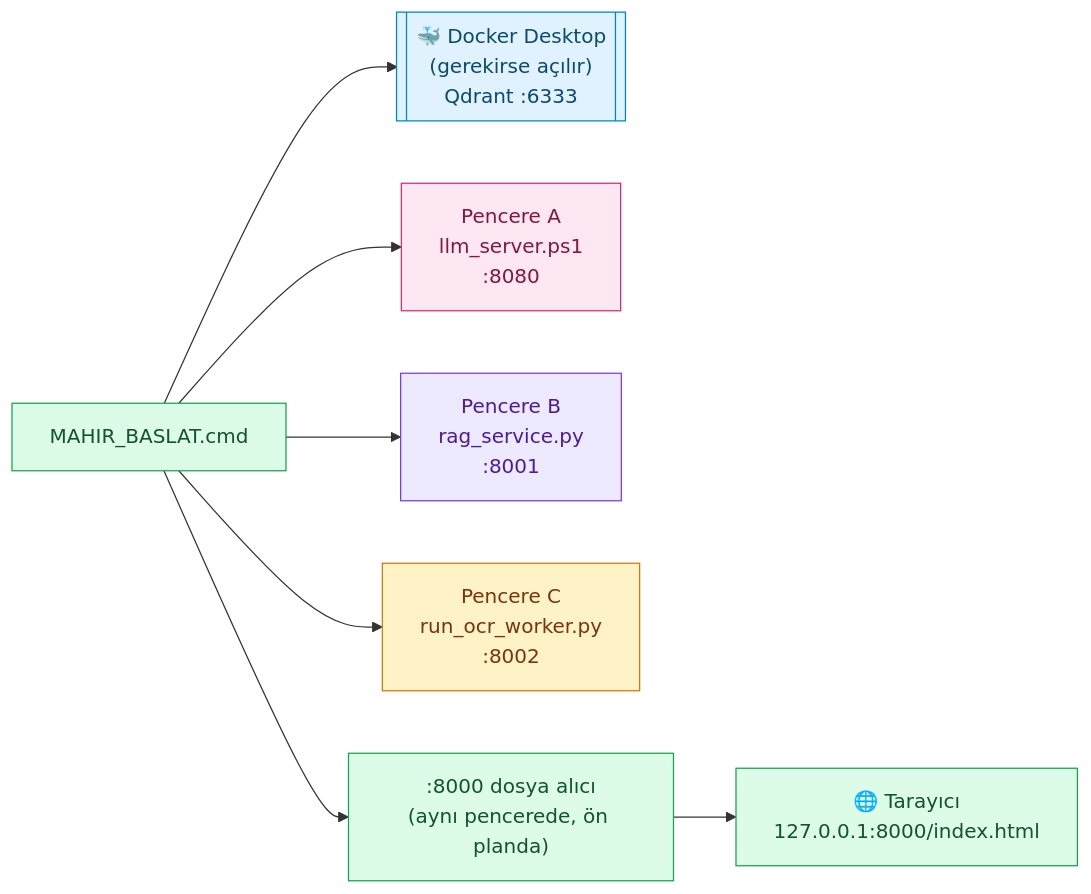
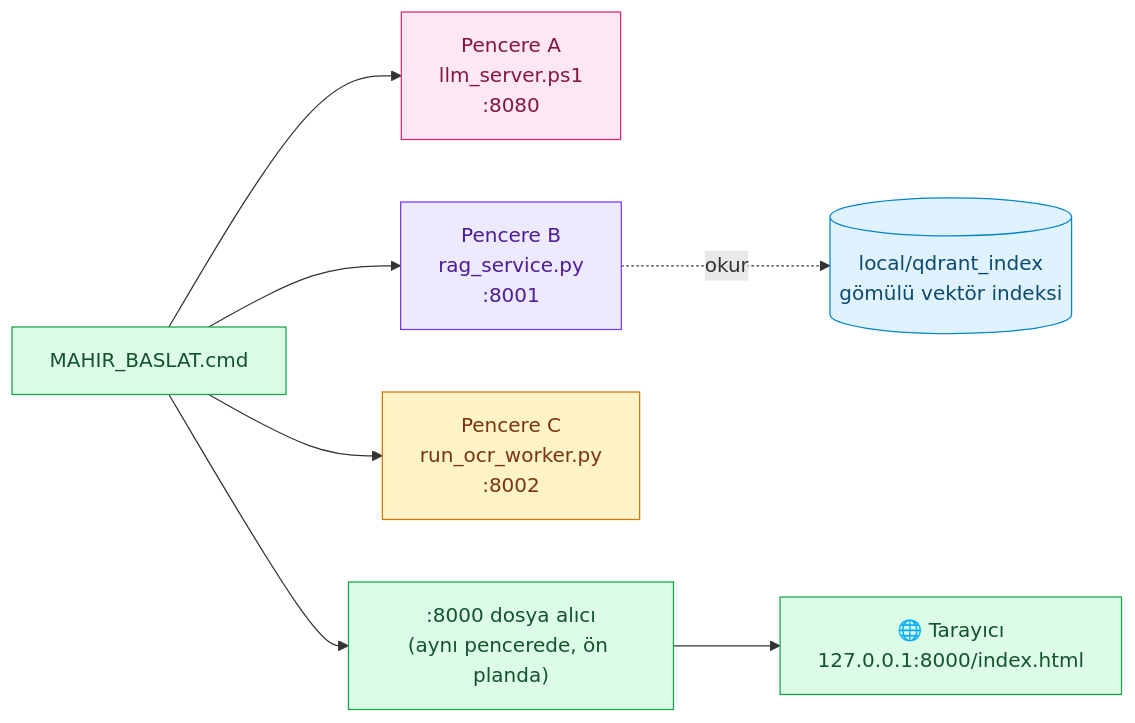
One commit to peykan1071/MAHIR-PROTOTIP-HTML changed the third of 3 diagrams in README.md. Above: the diagram before and after it, drawn with Mermaid. The commit also changed other lines of this file and 10 other files, not shown here.

````diff
--- a/README.md
+++ b/README.md
@@ -674,19 +666,19 @@
 ```mermaid
 flowchart LR
-    W["MAHIR_BASLAT.cmd"] --> D[["🐳 Docker Desktop<br/>(gerekirse açılır)<br/>Qdrant :6333"]]
-    W --> A["Pencere A<br/>llm_server.ps1<br/>:8080"]
+    W["MAHIR_BASLAT.cmd"] --> A["Pencere A<br/>llm_server.ps1<br/>:8080"]
     W --> B["Pencere B<br/>rag_service.py<br/>:8001"]
     W --> C["Pencere C<br/>run_ocr_worker.py<br/>:8002"]
     W --> S[":8000 dosya alıcı<br/>(aynı pencerede, ön planda)"]
+    B -.okur.-> D[("local/qdrant_index<br/>gömülü vektör indeksi")]
     S --> T["🌐 Tarayıcı<br/>127.0.0.1:8000/index.html"]
-    classDef docker fill:#e0f2fe,stroke:#0284c7,color:#0c4a6e
+    classDef store fill:#e0f2fe,stroke:#0284c7,color:#0c4a6e
     classDef llm fill:#fce7f3,stroke:#db2777,color:#831843
     classDef rag fill:#ede9fe,stroke:#7c3aed,color:#4c1d95
     classDef ocr fill:#fef3c7,stroke:#d97706,color:#78350f
     classDef web fill:#dcfce7,stroke:#16a34a,color:#14532d
-    class D docker
+    class D store
     class A llm
     class B rag
     class C ocr
     class W,S,T web
 ```
````
